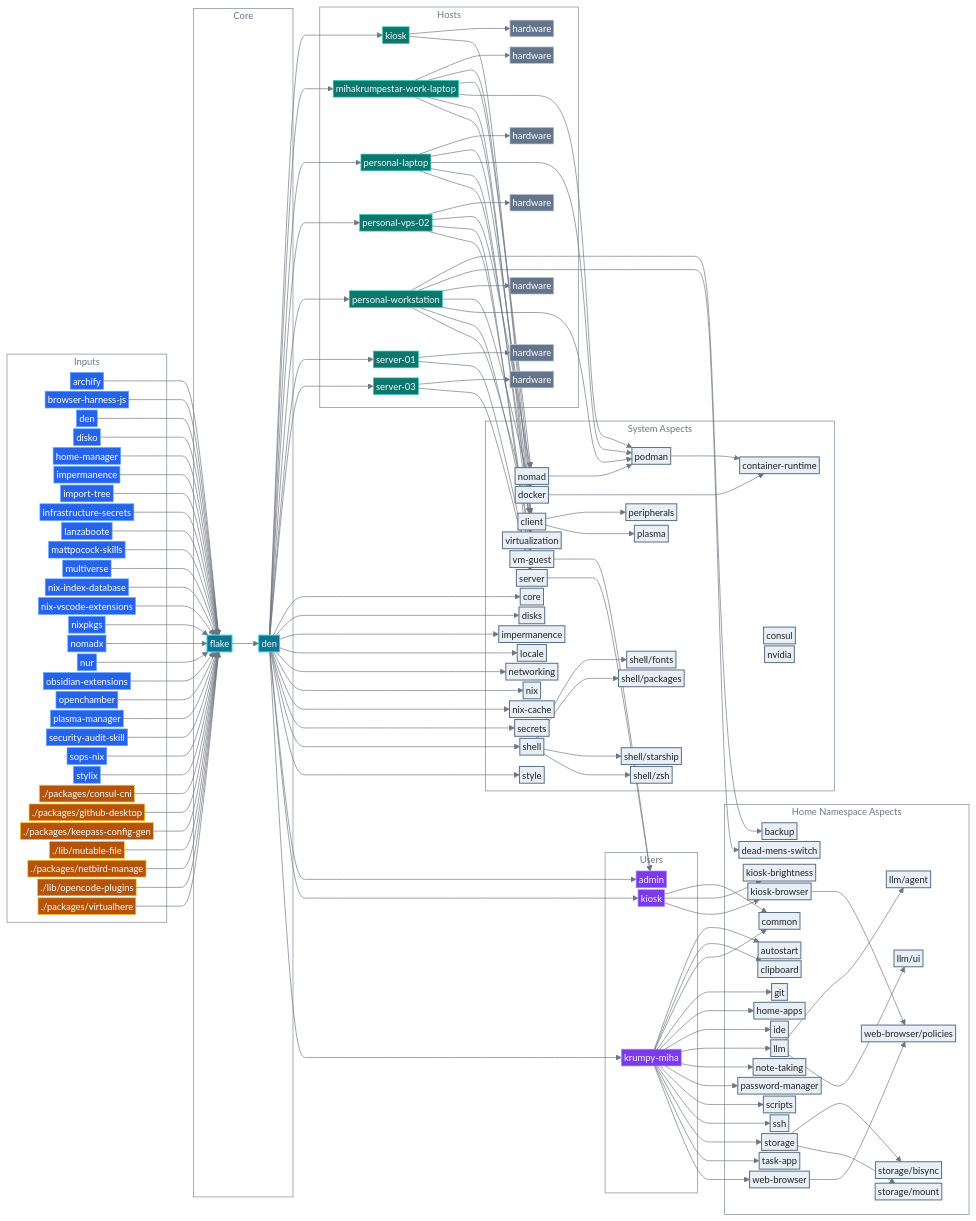
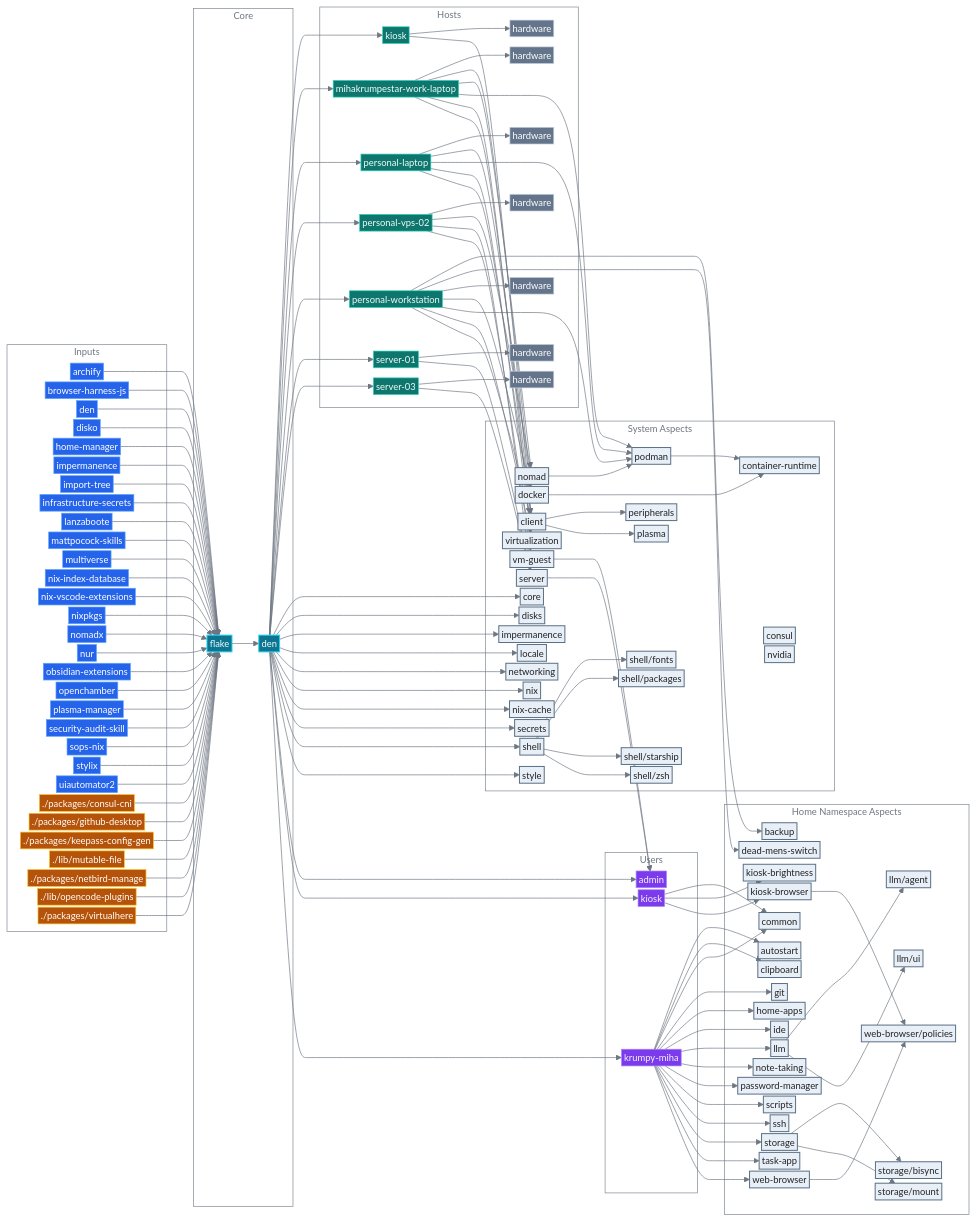
Before and after one commit to mihakrumpestar/infrastructure: the diagram in README.md, drawn with Mermaid. The commit also changed other lines of this file and 5 other files, not shown here.

```diff
--- a/README.md
+++ b/README.md
@@ -154,6 +154,7 @@
         input_security_audit_skill["security-audit-skill"]:::input
         input_sops_nix["sops-nix"]:::input
         input_stylix["stylix"]:::input
+        input_uiautomator2["uiautomator2"]:::input
         local_consul_cni["./packages/consul-cni"]:::local
         local_github_desktop["./packages/github-desktop"]:::local
         local_keepass_config_gen["./packages/keepass-config-gen"]:::local
@@ -324,6 +325,7 @@
     input_security_audit_skill --> flake
     input_sops_nix --> flake
     input_stylix --> flake
+    input_uiautomator2 --> flake
     local_consul_cni --> flake
     local_github_desktop --> flake
     local_keepass_config_gen --> flake
```
